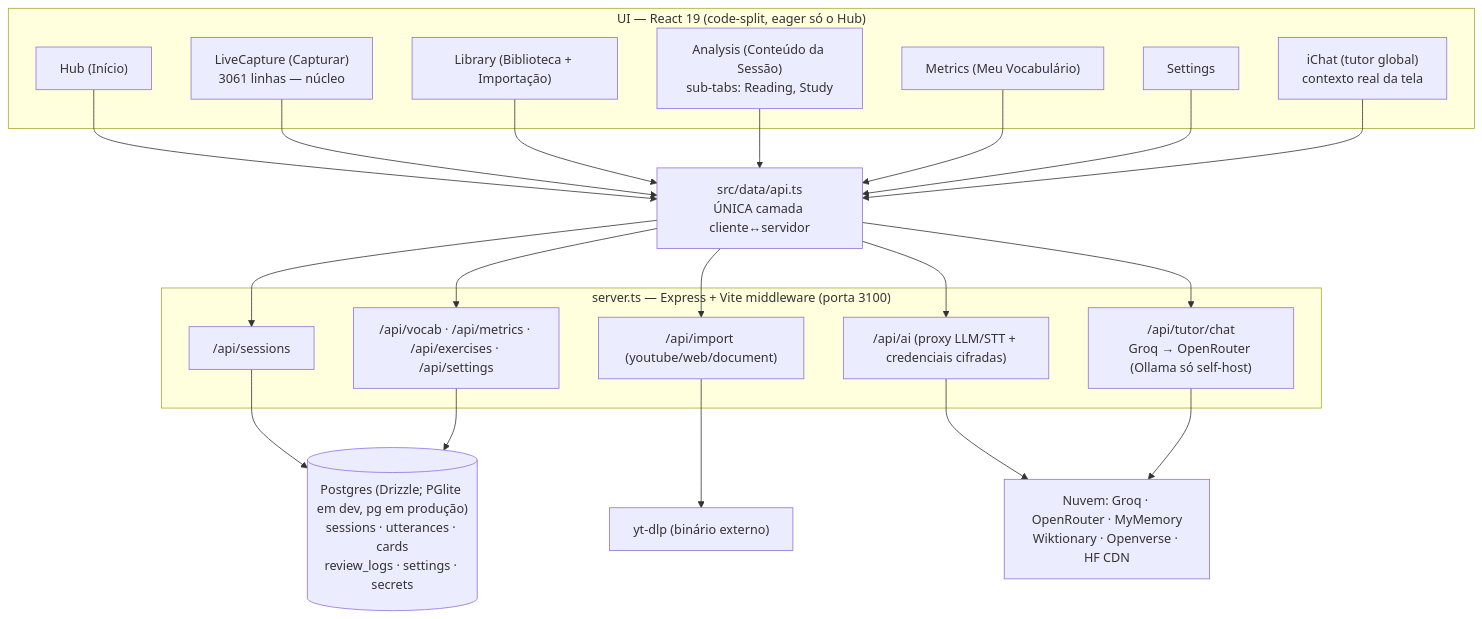
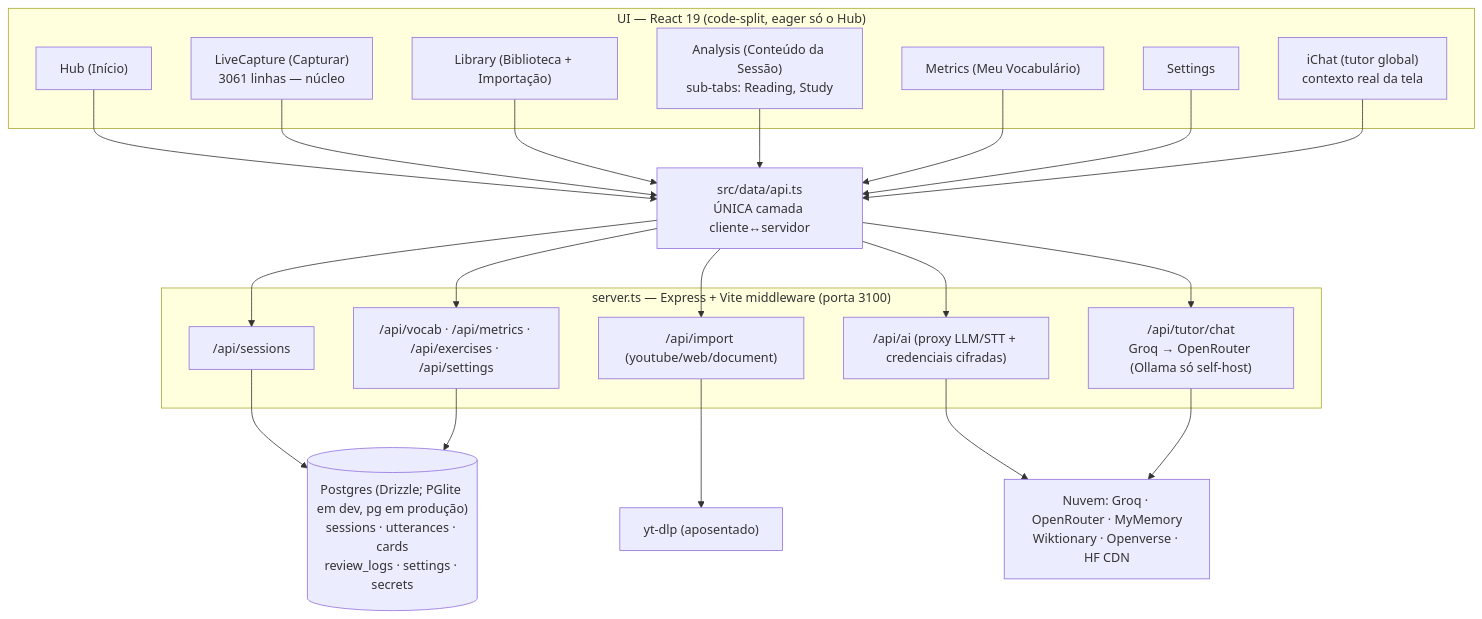
Before and after one commit to GuilhermeLVL/babel-play: the first of 4 diagrams in docs/arquitetura.md, drawn with Mermaid. The commit also changed 13 other files, not shown here.

````diff
--- a/docs/arquitetura.md
+++ b/docs/arquitetura.md
@@ -48,33 +48,33 @@
 ```mermaid
 flowchart TB
     subgraph UI["UI — React 19 (code-split, eager só o Hub)"]
         Hub["Hub (Início)"]
         LC["LiveCapture (Capturar)\n3061 linhas — núcleo"]
         Lib["Library (Biblioteca + Importação)"]
         Ana["Analysis (Conteúdo da Sessão)\nsub-tabs: Reading, Study"]
         Met["Metrics (Meu Vocabulário)"]
         Set["Settings"]
         IChat["iChat (tutor global)\ncontexto real da tela"]
     end
 
     API["src/data/api.ts\nÚNICA camada cliente↔servidor"]
 
     subgraph SRV["server.ts — Express + Vite middleware (porta 3100)"]
         RS["/api/sessions"]
         RI["/api/import (youtube/web/document)"]
         RV["/api/vocab · /api/metrics · /api/exercises · /api/settings"]
         RA["/api/ai (proxy LLM/STT + credenciais cifradas)"]
         RG["/api/tutor/chat\nGroq → OpenRouter (Ollama só self-host)"]
     end
 
     DB[("Postgres (Drizzle; PGlite em dev, pg em produção)\nsessions · utterances · cards\nreview_logs · settings · secrets")]
 
-    YT["yt-dlp (binário externo)"]
+    YT["yt-dlp (aposentado)"]
     CLOUD["Nuvem: Groq · OpenRouter · MyMemory\nWiktionary · Openverse · HF CDN"]
 
     Hub & LC & Lib & Ana & Met & Set & IChat --> API
     API --> RS & RI & RV & RA & RG
     RS & RV --> DB
     RI --> YT
     RA & RG --> CLOUD
 ```
````
